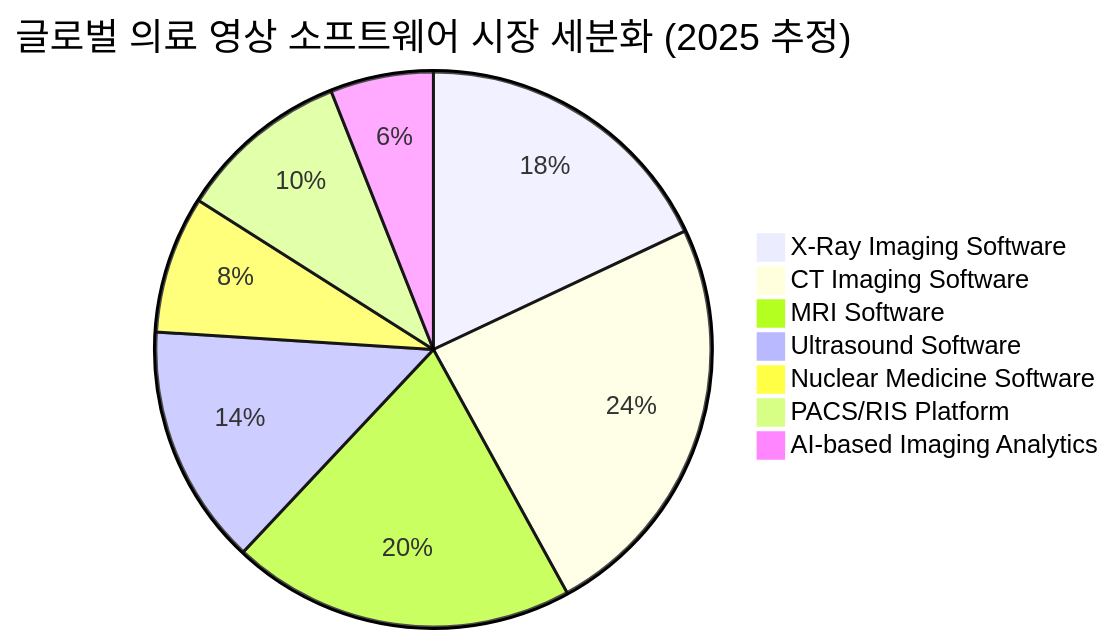
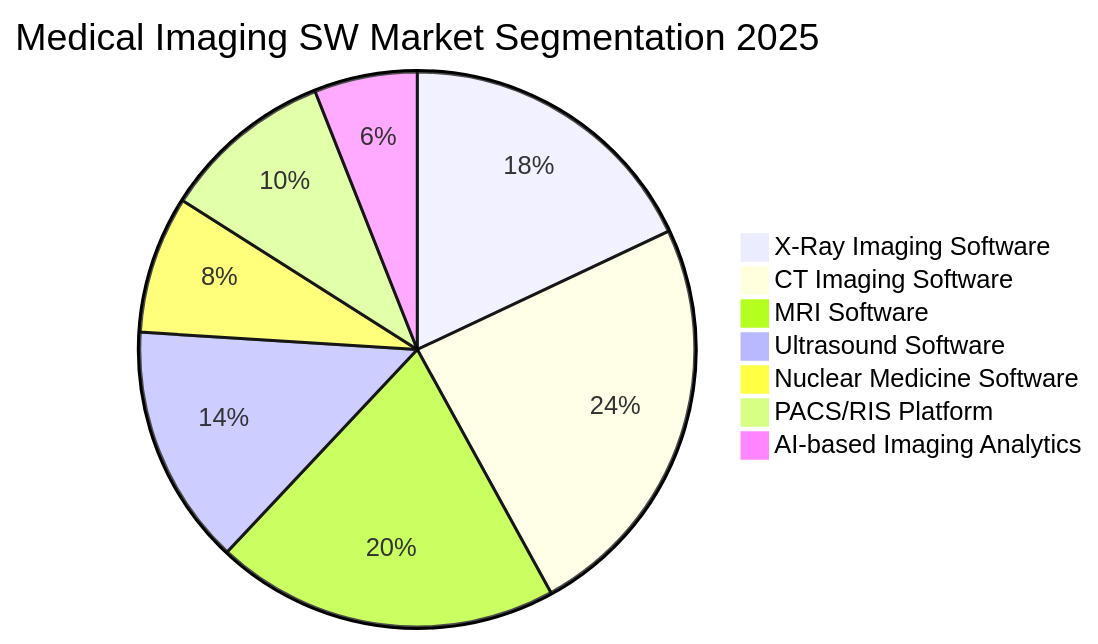
One commit to holee9/console-gui changed the first of 7 diagrams in docs/planning/DOC-001_MRD_v2.0.md. Above: the diagram before and after it, drawn with Mermaid. The commit also changed other lines of this file, not shown here.

First line of the commit message:
Fix mermaid chart rendering: replace Korean labels with English

````diff
--- a/docs/planning/DOC-001_MRD_v2.0.md
+++ b/docs/planning/DOC-001_MRD_v2.0.md
@@ -153,10 +153,10 @@
 ```mermaid
-pie title 글로벌 의료 영상 소프트웨어 시장 세분화 (2025 추정)
+pie title Medical Imaging SW Market Segmentation 2025
     "X-Ray Imaging Software" : 18
     "CT Imaging Software" : 24
     "MRI Software" : 20
     "Ultrasound Software" : 14
     "Nuclear Medicine Software" : 8
     "PACS/RIS Platform" : 10
     "AI-based Imaging Analytics" : 6
 ```
````
